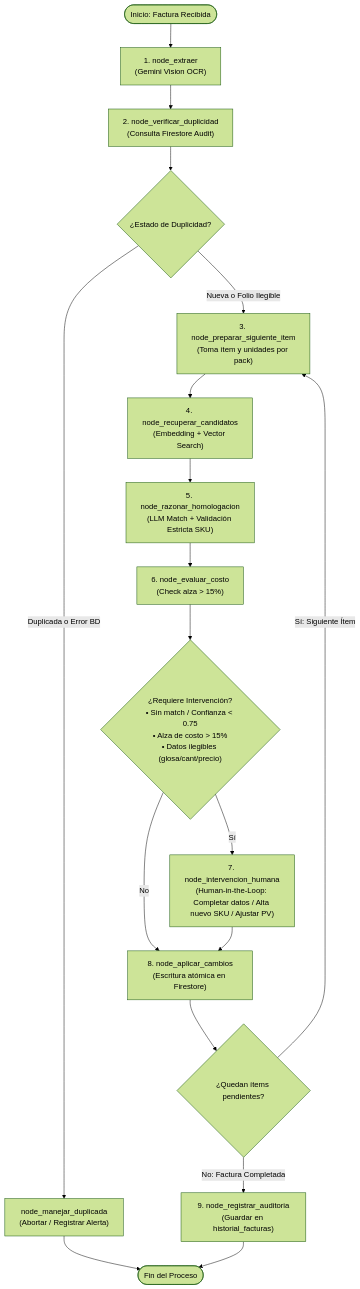
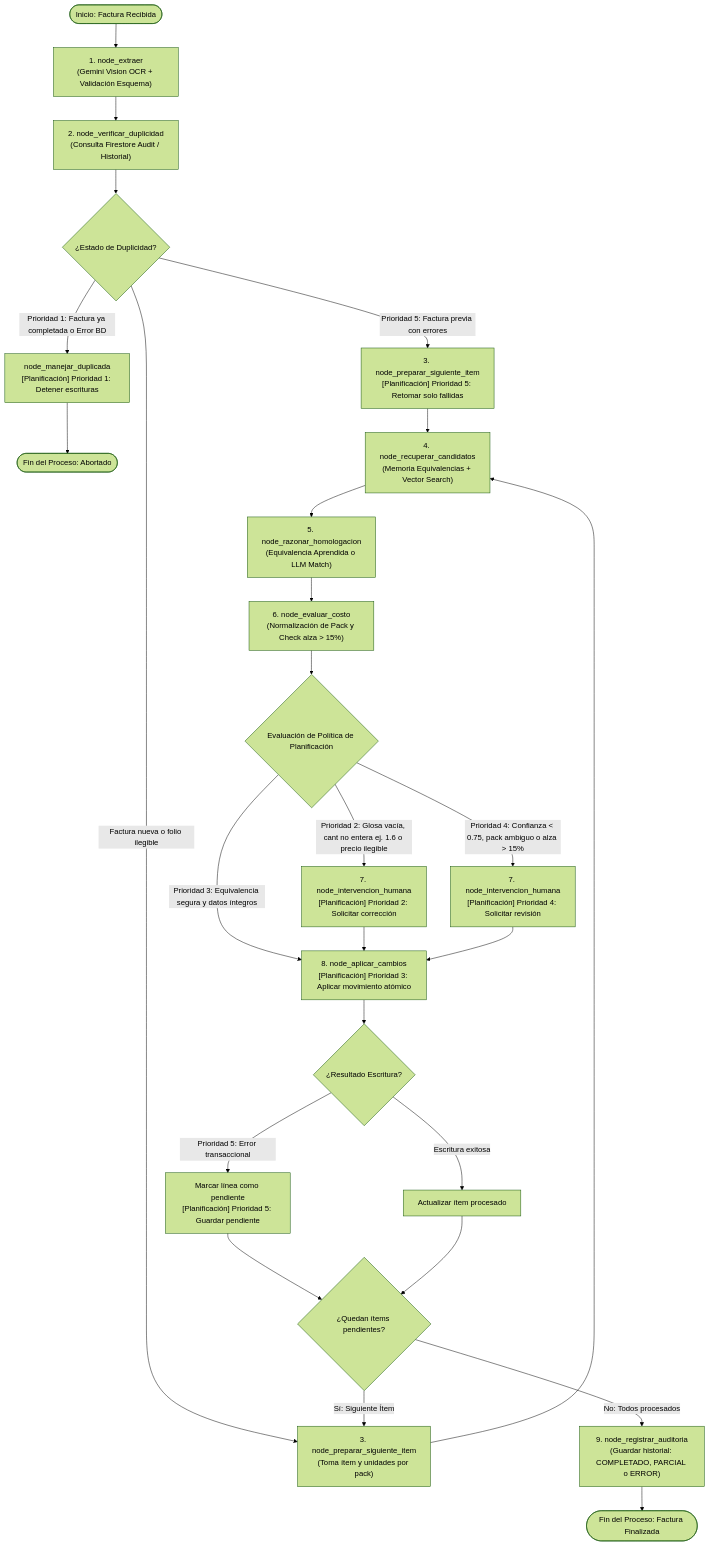
The second of 2 diagrams in README.md (brayamandres/agente_facturas_botilleria_LangGraph), drawn with Mermaid (forest theme) before and after one commit. The commit also changed other lines of this file and 12 other files, not shown here.

Commit message:
Se realiza la planificación del agente, se normalizan el tema de unidades por packs, se mejoran errores y se hace un HITL más avanzado.

````diff
--- a/README.md
+++ b/README.md
@@ -74,31 +86,43 @@
 ```mermaid
 flowchart TD
-    START([Inicio: Factura Recibida]) --> NodeExtraer["1. node_extraer\n(Gemini Vision OCR)"]
-    NodeExtraer --> NodeVerifDup["2. node_verificar_duplicidad\n(Consulta Firestore Audit)"]
+    START([Inicio: Factura Recibida]) --> NodeExtraer["1. node_extraer\n(Gemini Vision OCR + Validación Esquema)"]
+    NodeExtraer --> NodeVerifDup["2. node_verificar_duplicidad\n(Consulta Firestore Audit / Historial)"]
 
     %% Borde Condicional 1
     NodeVerifDup --> CondDuplicada{"¿Estado de Duplicidad?"}
-    CondDuplicada -->|Duplicada o Error BD| NodeManejarDup["node_manejar_duplicada\n(Abortar / Registrar Alerta)"]
-    NodeManejarDup --> END([Fin del Proceso])
+    CondDuplicada -->|Prioridad 1: Factura ya completada o Error BD| NodeManejarDup["node_manejar_duplicada\n[Planificación] Prioridad 1: Detener escrituras"]
+    NodeManejarDup --> END([Fin del Proceso: Abortado])
 
-    CondDuplicada -->|Nueva o Folio Ilegible| NodePrepItem["3. node_preparar_siguiente_item\n(Toma ítem y unidades por pack)"]
+    CondDuplicada -->|Prioridad 5: Factura previa con errores| NodePrepItemP5["3. node_preparar_siguiente_item\n[Planificación] Prioridad 5: Retomar solo fallidas"]
+    CondDuplicada -->|Factura nueva o folio ilegible| NodePrepItem["3. node_preparar_siguiente_item\n(Toma ítem y unidades por pack)"]
+    NodePrepItemP5 --> NodeRecupCand
+    NodePrepItem --> NodeRecupCand["4. node_recuperar_candidatos\n(Memoria Equivalencias + Vector Search)"]
 
     %% Ciclo de Procesamiento por Ítem
-    NodePrepItem --> NodeRecupCand["4. node_recuperar_candidatos\n(Embedding + Vector Search)"]
-    NodeRecupCand --> NodeRazonar["5. node_razonar_homologacion\n(LLM Match + Validación Estricta SKU)"]
-    NodeRazonar --> NodeEvalCosto["6. node_evaluar_costo\n(Check alza > 15%)"]
+    NodeRecupCand --> NodeRazonar["5. node_razonar_homologacion\n(Equivalencia Aprendida o LLM Match)"]
+    NodeRazonar --> NodeEvalCosto["6. node_evaluar_costo\n(Normalización de Pack y Check alza > 15%)"]
 
-    %% Borde Condicional 2
-    NodeEvalCosto --> CondRevision{"¿Requiere Intervención?\n• Sin match / Confianza < 0.75\n• Alza de costo > 15%\n• Datos ilegibles (glosa/cant/precio)"}
+    %% Borde Condicional 2 (Evaluación de Política)
+    NodeEvalCosto --> CondPlanificacion{"Evaluación de Política de Planificación"}
     
-    CondRevision -->|Sí| NodeHITL["7. node_intervencion_humana\n(Human-in-the-Loop: Completar datos / Alta nuevo SKU / Ajustar PV)"]
-    CondRevision -->|No| NodeAplicar["8. node_aplicar_cambios\n(Escritura atómica en Firestore)"]
-    NodeHITL --> NodeAplicar
+    CondPlanificacion -->|Prioridad 2: Glosa vacía, cant no entera ej. 1.6 o precio ilegible| NodeHITL2["7. node_intervencion_humana\n[Planificación] Prioridad 2: Solicitar corrección"]
+    CondPlanificacion -->|Prioridad 4: Confianza < 0.75, pack ambiguo o alza > 15%| NodeHITL4["7. node_intervencion_humana\n[Planificación] Prioridad 4: Solicitar revisión"]
+    CondPlanificacion -->|Prioridad 3: Equivalencia segura y datos íntegros| NodeAplicar["8. node_aplicar_cambios\n[Planificación] Prioridad 3: Aplicar movimiento atómico"]
+    
+    NodeHITL2 --> NodeAplicar
+    NodeHITL4 --> NodeAplicar
+
+    %% Fallo en escritura (Prioridad 5)
+    NodeAplicar --> CondEscritura{"¿Resultado Escritura?"}
+    CondEscritura -->|Prioridad 5: Error transaccional| NodePendiente["Marcar línea como pendiente\n[Planificación] Prioridad 5: Guardar pendiente"]
+    CondEscritura -->|Escritura exitosa| NodeAuditItem["Actualizar ítem procesado"]
+    NodePendiente --> CondMasItems
+    NodeAuditItem --> CondMasItems
 
     %% Borde Condicional 3 (Loop)
-    NodeAplicar --> CondMasItems{"¿Quedan ítems pendientes?"}
+    CondMasItems{"¿Quedan ítems pendientes?"}
     CondMasItems -->|Sí: Siguiente Ítem| NodePrepItem
-    CondMasItems -->|No: Factura Completada| NodeAuditoria["9. node_registrar_auditoria\n(Guardar en historial_facturas)"]
+    CondMasItems -->|No: Todos procesados| NodeAuditoria["9. node_registrar_auditoria\n(Guardar historial: COMPLETADO, PARCIAL o ERROR)"]
 
-    NodeAuditoria --> END
+    NodeAuditoria --> END2([Fin del Proceso: Factura Finalizada])
 ```
````
